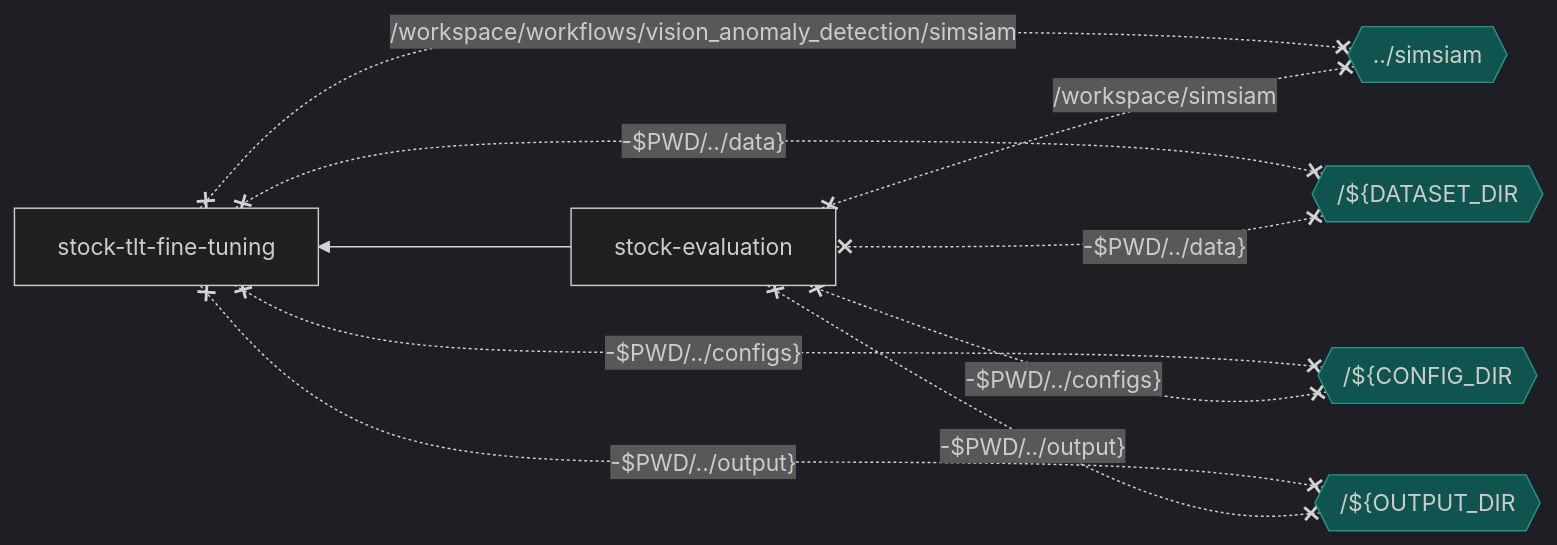
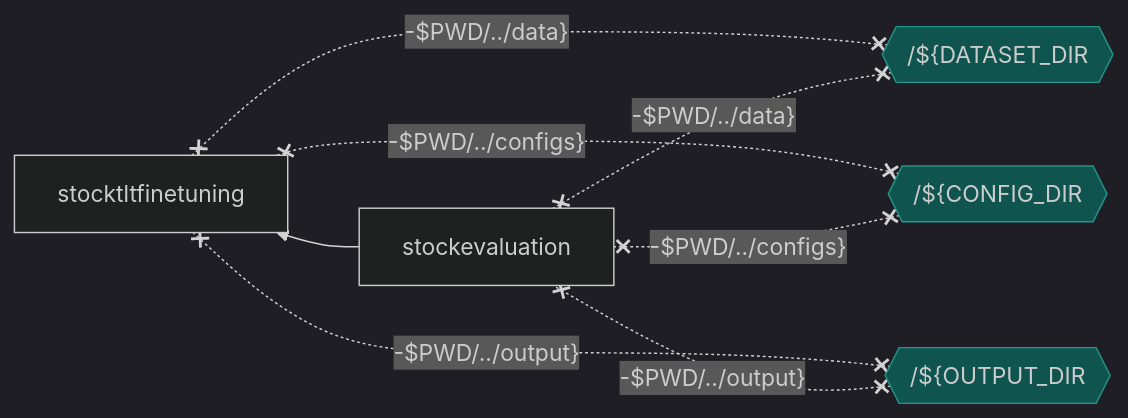
The first of 2 diagrams in README.md (intel/visual-quality-inspection), drawn with Mermaid before and after one commit. The commit also changed other lines of this file, not shown here.

Commit message:
remove simsiam mount from mermaid

````diff
--- a/README.md
+++ b/README.md
@@ -73,16 +73,14 @@
 ```mermaid
 %%{init: {'theme': 'dark'}}%%
 flowchart RL
-  Vsimsiam{{../simsiam}} x-. /workspace/workflows/vision_anomaly_detection/simsiam .-x stocktltfinetuning[stock-tlt-fine-tuning]
   VDATASETDIR{{"/${DATASET_DIR"}} x-. "-$PWD/../data}" .-x stocktltfinetuning
   VCONFIGDIR{{"/${CONFIG_DIR"}} x-. "-$PWD/../configs}" .-x stocktltfinetuning
   VOUTPUTDIR{{"/${OUTPUT_DIR"}} x-. "-$PWD/../output}" .-x stocktltfinetuning
-  Vsimsiam x-. /workspace/simsiam .-x stockevaluation[stock-evaluation]
   VDATASETDIR x-. "-$PWD/../data}" .-x stockevaluation
   VCONFIGDIR x-. "-$PWD/../configs}" .-x stockevaluation
   VOUTPUTDIR x-. "-$PWD/../output}" .-x stockevaluation
   stockevaluation --> stocktltfinetuning
 
   classDef volumes fill:#0f544e,stroke:#23968b
-  class Vsimsiam,VDATASETDIR,VCONFIGDIR,VOUTPUTDIR,Vsimsiam,VDATASETDIR,VCONFIGDIR,VOUTPUTDIR volumes
+  class Vsimsiam,VDATASETDIR,VCONFIGDIR,VOUTPUTDIR,,VDATASETDIR,VCONFIGDIR,VOUTPUTDIR volumes
 ```
````
